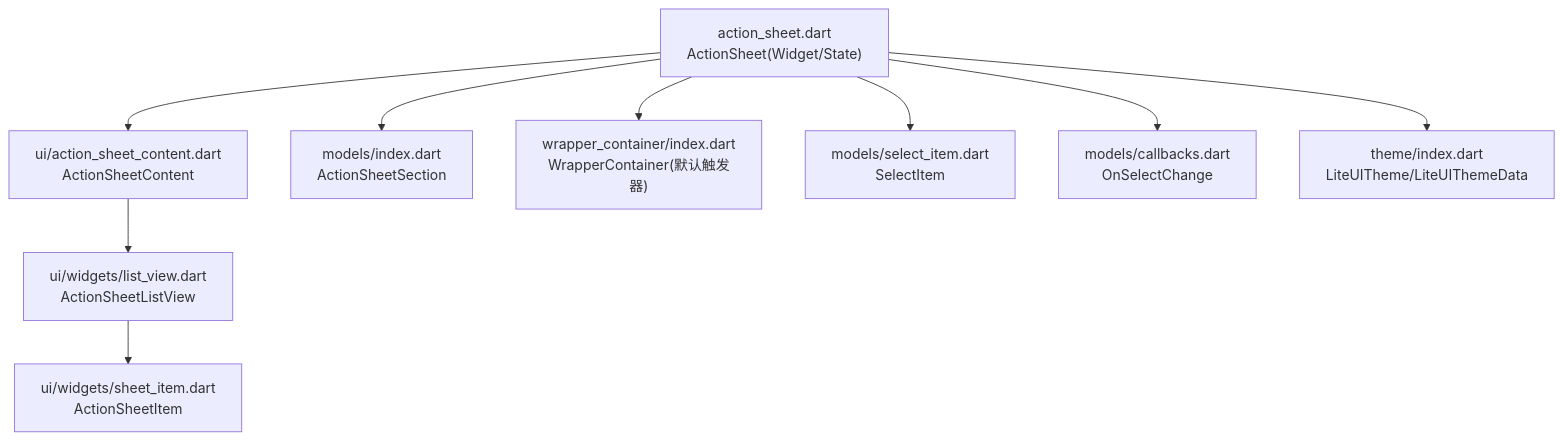
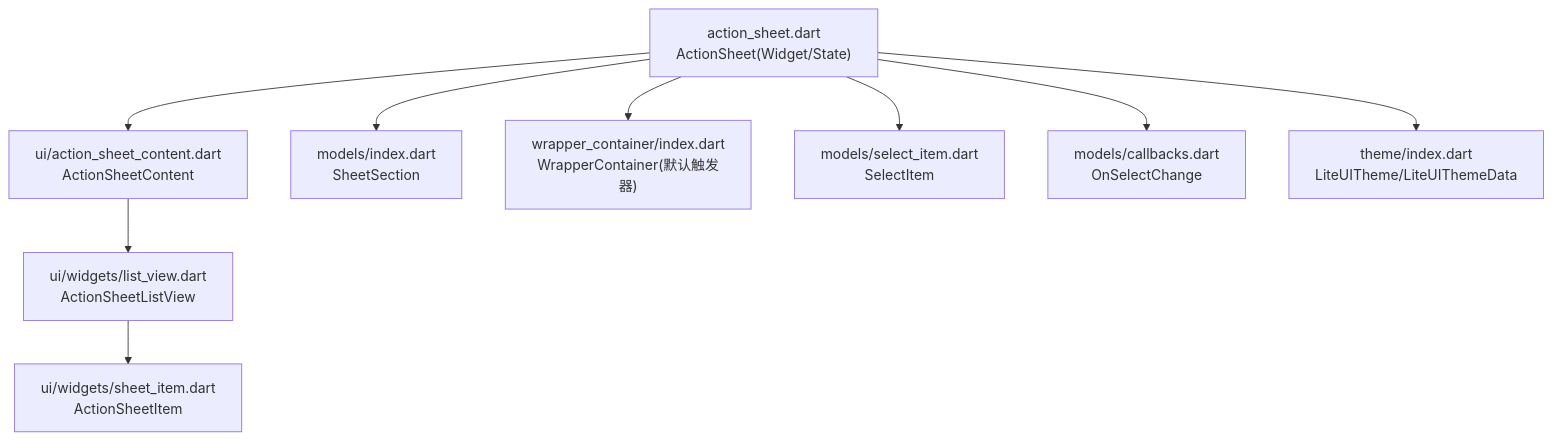
One commit to yuzhido/lite-ui changed the first of 4 diagrams in .qoder/repowiki/zh/content/业务组件/ActionSheet 底部弹窗.md. Above: the diagram before and after it, drawn with Mermaid. The commit also changed other lines of this file and 26 other files, not shown here.

````diff
--- a/.qoder/repowiki/zh/content/业务组件/ActionSheet 底部弹窗.md
+++ b/.qoder/repowiki/zh/content/业务组件/ActionSheet 底部弹窗.md
@@ -46,11 +53,11 @@
 ```mermaid
 graph TB
 A["action_sheet.dart<br/>ActionSheet(Widget/State)"] --> B["ui/action_sheet_content.dart<br/>ActionSheetContent"]
-A --> C["models/index.dart<br/>ActionSheetSection"]
+A --> C["models/index.dart<br/>SheetSection"]
 B --> D["ui/widgets/list_view.dart<br/>ActionSheetListView"]
 D --> E["ui/widgets/sheet_item.dart<br/>ActionSheetItem"]
 A --> F["wrapper_container/index.dart<br/>WrapperContainer(默认触发器)"]
 A --> G["models/select_item.dart<br/>SelectItem<V,D>"]
 A --> H["models/callbacks.dart<br/>OnSelectChange"]
 A --> I["theme/index.dart<br/>LiteUITheme/LiteUIThemeData"]
 ```
````
